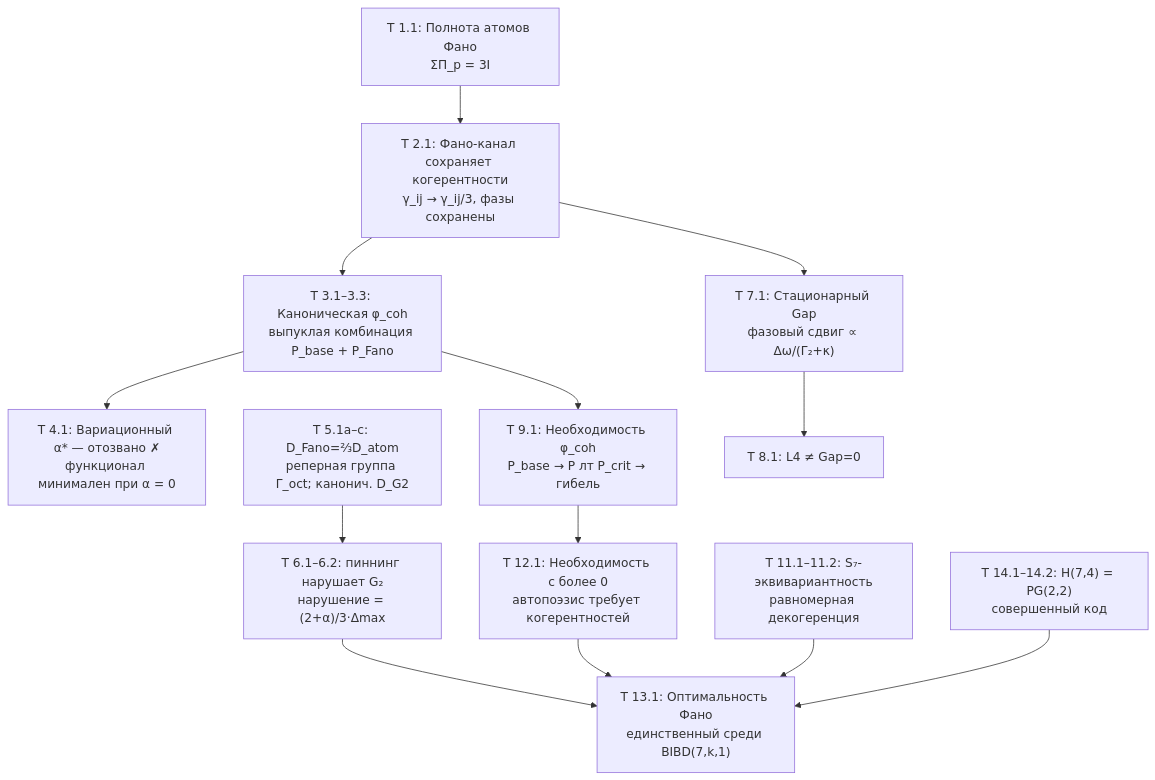
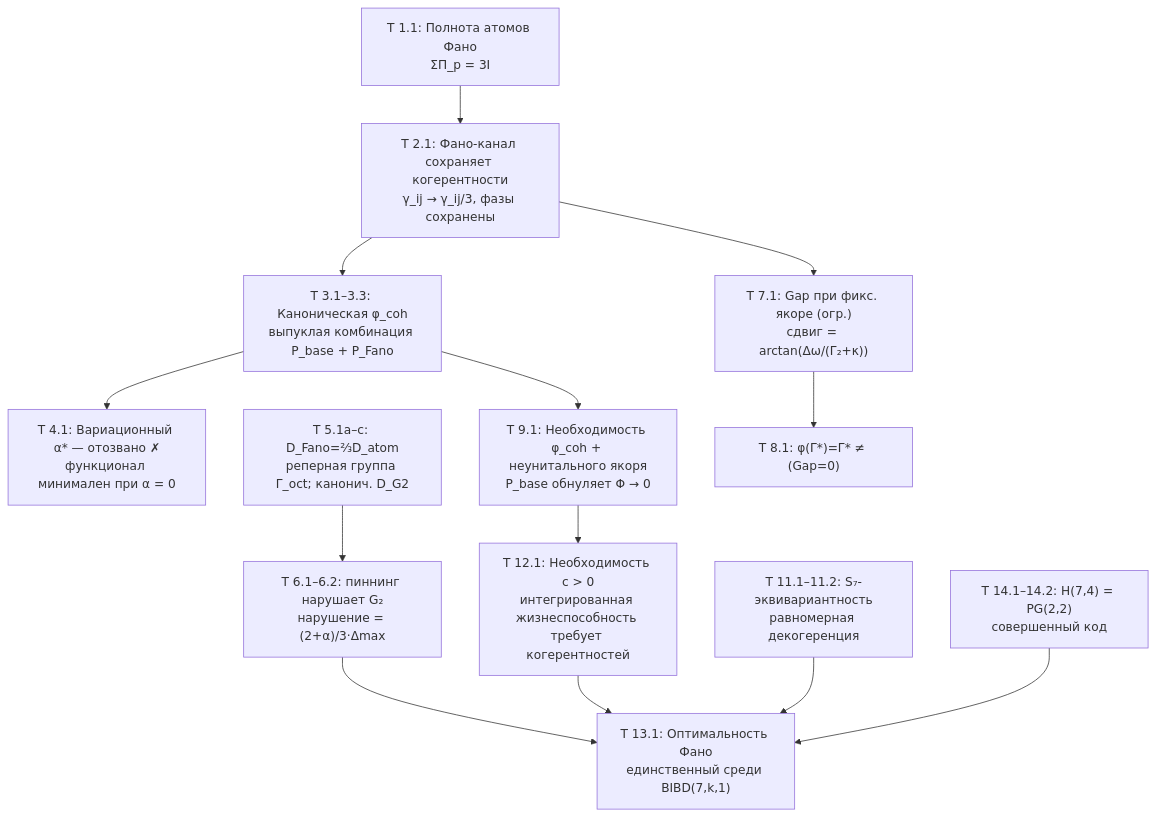
The diagram in website/i18n/ru/docusaurus-plugin-content-docs/current/proofs/gap/fano-channel.md (gst-st/uhm), drawn with Mermaid before and after one commit. The commit also changed other lines of this file and 376 other files, not shown here.

First line of the commit message:
Refactor UHM canon, decontaminate architecture, and verify EN/RU parity

````diff
--- a/website/i18n/ru/docusaurus-plugin-content-docs/current/proofs/gap/fano-channel.md
+++ b/website/i18n/ru/docusaurus-plugin-content-docs/current/proofs/gap/fano-channel.md
@@ -488,15 +488,15 @@
 ```mermaid
 flowchart TD
     T1["Т 1.1: Полнота атомов Фано<br/>ΣΠ_p = 3I"] --> T2["Т 2.1: Фано-канал сохраняет когерентности<br/>γ_ij → γ_ij/3, фазы сохранены"]
     T2 --> T3["Т 3.1–3.3: Каноническая φ_coh<br/>выпуклая комбинация P_base + P_Fano"]
     T3 --> T4["Т 4.1: Вариационный α* — отозвано ✗<br/>функционал минимален при α = 0"]
     T5["Т 5.1a–c: D_Fano=⅔D_atom<br/>реперная группа Γ_oct; канонич. D_G2"] --> T6["Т 6.1–6.2: пиннинг нарушает G₂<br/>нарушение = (2+α)/3·Δmax"]
     T6 --> T13["Т 13.1: Оптимальность Фано<br/>единственный среди BIBD(7,k,1)"]
-    T2 --> T7["Т 7.1: Стационарный Gap<br/>фазовый сдвиг ∝ Δω/(Γ₂+κ)"]
-    T7 --> T8["Т 8.1: L4 ≠ Gap=0"]
-    T3 --> T9["Т 9.1: Необходимость φ_coh<br/>P_base → P лт P_crit → гибель"]
-    T9 --> T12["Т 12.1: Необходимость c более 0<br/>автопоэзис требует когерентностей"]
+    T2 --> T7["Т 7.1: Gap при фикс. якоре (огр.)<br/>сдвиг = arctan(Δω/(Γ₂+κ))"]
+    T7 --> T8["Т 8.1: φ(Γ*)=Γ* ≠ (Gap=0)"]
+    T3 --> T9["Т 9.1: Необходимость φ_coh + неунитального якоря<br/>P_base обнуляет Φ → 0"]
+    T9 --> T12["Т 12.1: Необходимость c > 0<br/>интегрированная жизнеспособность требует когерентностей"]
     T12 --> T13
     T11["Т 11.1–11.2: S₇-эквивариантность<br/>равномерная декогеренция"] --> T13
     T14["Т 14.1–14.2: H(7,4) = PG(2,2)<br/>совершенный код"] --> T13
 ```
````
